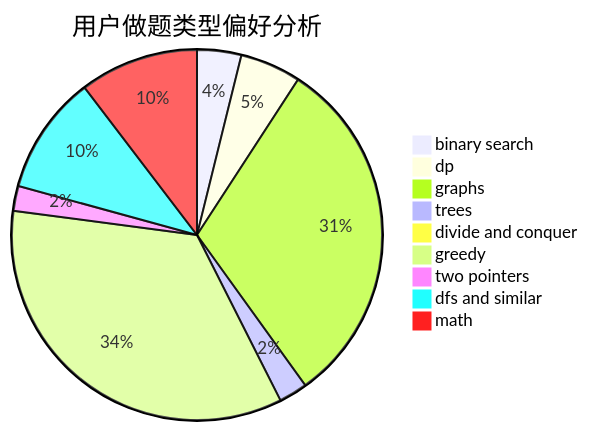
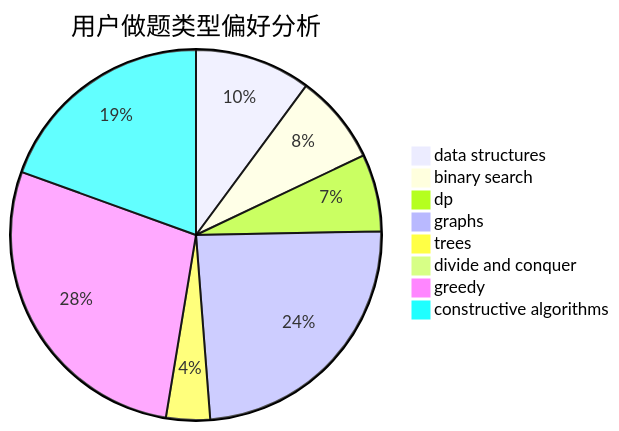
One commit to sherpahu/cfrs.github.io changed the second of 3 diagrams in docs/user/u137.md. Above: the diagram before and after it, drawn with Mermaid. The commit also changed other lines of this file and 2775 other files, not shown here.

````diff
--- a/docs/user/u137.md
+++ b/docs/user/u137.md
@@ -23,12 +23,11 @@
 ```mermaid
 pie title 用户做题类型偏好分析
-    "binary search" :  71
-    "dp" :  98
-    "graphs" :  569
-    "trees" :  46
+    "data structures" :  66
+    "binary search" :  51
+    "dp" :  44
+    "graphs" :  157
+    "trees" :  25
     "divide and conquer" :  5
-    "greedy" :  636
-    "two pointers" :  40
-    "dfs and similar" :  191
-    "math" :  191
+    "greedy" :  182
+    "constructive algorithms" :  127
 ```
````
